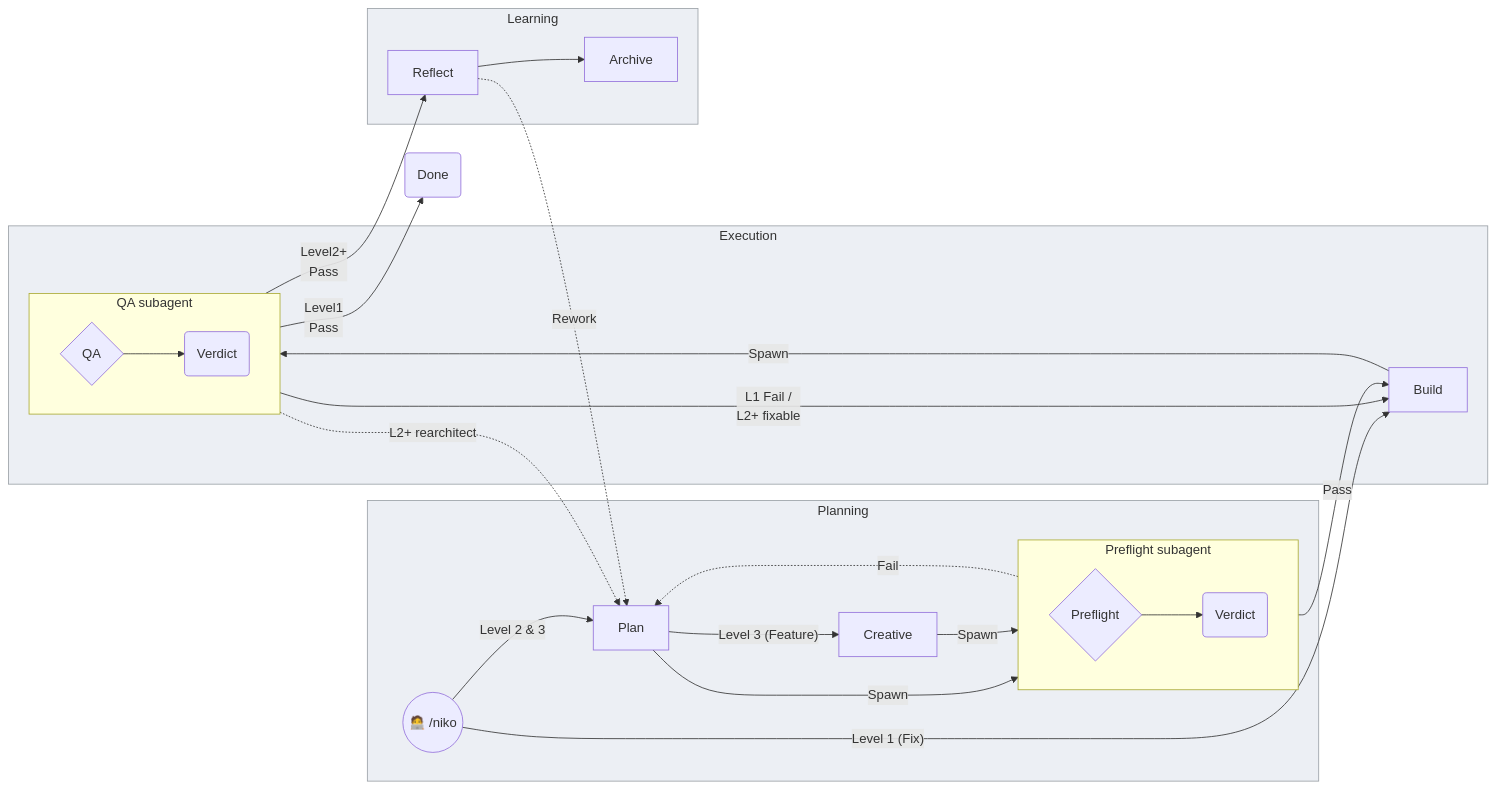
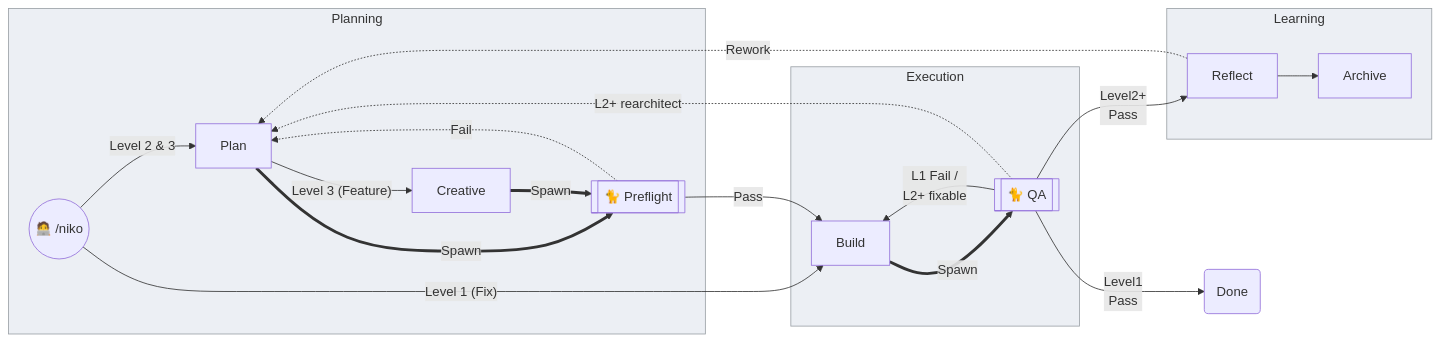
The second of 6 diagrams in rulesets/niko/README.md (Texarkanine/.cursor-rules), drawn with Mermaid before and after one commit. The commit also changed other lines of this file and 6 other files, not shown here.

````diff
--- a/rulesets/niko/README.md
+++ b/rulesets/niko/README.md
@@ -93,45 +85,37 @@
 ```mermaid
 flowchart LR
 	Niko(("🧑‍💻 /niko"))
 	Archive["Archive"]
 
 	subgraph Planning
 		Plan["Plan"]
 		Creative["Creative"]
 		Niko -- "Level 2 & 3" --> Plan
 		Plan -- "Level 3 (Feature)" --> Creative
-		Plan --Spawn--> NikoPreflight
-		Creative --Spawn--> NikoPreflight
-		subgraph PreflightSubagent["Preflight subagent"]
-			direction LR
-			NikoPreflight{"Preflight"} --> PreflightVerdict("Verdict")
-		end
-		PreflightVerdict -.->|"Fail"| Plan
+		Plan ==Spawn==> NikoPreflight[["🐈 Preflight"]]
+		Creative ==Spawn==> NikoPreflight
+		NikoPreflight -.->|"Fail"| Plan
 	end
 
 	Niko -- "Level 1 (Fix)" --> Build
-	PreflightVerdict -->|"Pass"| Build
+	NikoPreflight -->|"Pass"| Build
 
 	subgraph Execution
 		Build["Build"]
-		Build --Spawn--> NikoQA
-		subgraph QASubagent["QA subagent"]
-			direction LR
-			NikoQA{"QA"} --> QAVerdict("Verdict")
-		end
+		Build ==Spawn==> NikoQA[["🐈 QA"]]
 	end
 
-	QAVerdict -->|"L1 Fail /<br>L2+ fixable"| Build
-	QAVerdict -.->|"L2+ rearchitect"| Plan
-	QAVerdict -->|"Level1<br>Pass"| Done("Done")
-	QAVerdict -->|"Level2+<br>Pass"| Reflect
+	NikoQA -->|"L1 Fail /<br>L2+ fixable"| Build
+	NikoQA -.->|"L2+ rearchitect"| Plan
+	NikoQA -->|"Level1<br>Pass"| Done("Done")
+	NikoQA -->|"Level2+<br>Pass"| Reflect
 
 	subgraph Learning
 		Reflect["Reflect"]
 		Reflect -.->|"Rework"| Plan
 		Reflect --> Archive
 	end
 
 	classDef ideology fill:#eceff4,stroke:#9aa0a6,color:#333
 	class Planning,Execution,Learning ideology
 ```
````
